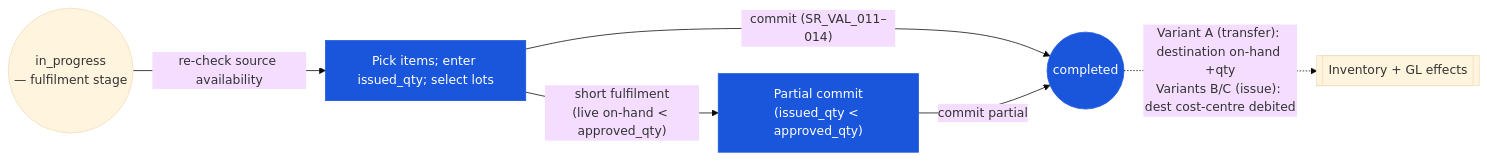
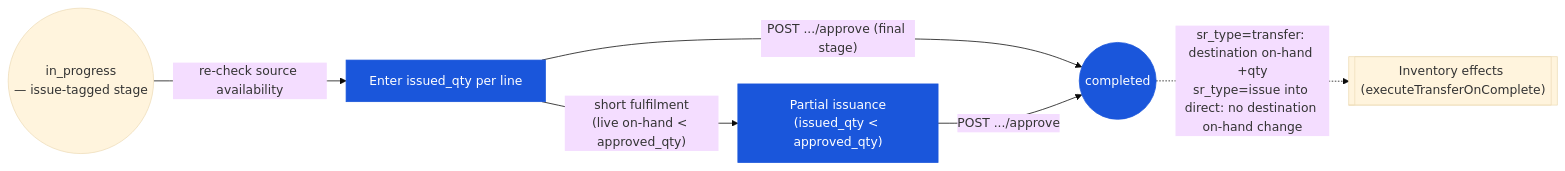
One commit to CarmenSoftware-organization/carmen-wiki changed the diagram in en/inventory/store-requisition/03-user-flow-fulfiller.md. Above: the diagram before and after it, drawn with Mermaid (base theme). The commit also changed other lines of this file and 34 other files, not shown here.

````diff
--- a/en/inventory/store-requisition/03-user-flow-fulfiller.md
+++ b/en/inventory/store-requisition/03-user-flow-fulfiller.md
@@ -23,9 +24,9 @@
 ```mermaid
 graph LR
-    approved(("in_progress\n— fulfilment stage")) -->|"re-check source availability"| pick["Pick items; enter issued_qty; select lots"]:::current
-    pick -->|"commit (SR_VAL_011–014)"| completed(("completed")):::current
-    pick -->|"short fulfilment\n(live on-hand < approved_qty)"| partial["Partial commit\n(issued_qty < approved_qty)"]:::current
-    partial -->|"commit partial"| completed
-    completed -.->|"Variant A (transfer): destination on-hand +qty\nVariants B/C (issue): dest cost-centre debited"| effects[["Inventory + GL effects"]]
+    approved(("in_progress\n— issue-tagged stage")) -->|"re-check source availability"| pick["Enter issued_qty per line"]:::current
+    pick -->|"POST .../approve (final stage)"| completed(("completed")):::current
+    pick -->|"short fulfilment\n(live on-hand < approved_qty)"| partial["Partial issuance\n(issued_qty < approved_qty)"]:::current
+    partial -->|"POST .../approve"| completed
+    completed -.->|"sr_type=transfer: destination on-hand +qty\nsr_type=issue into direct: no destination on-hand change"| effects[["Inventory effects (executeTransferOnComplete)"]]
     classDef current fill:#1a56db,color:#fff,stroke:#1a56db;
 ```
````
